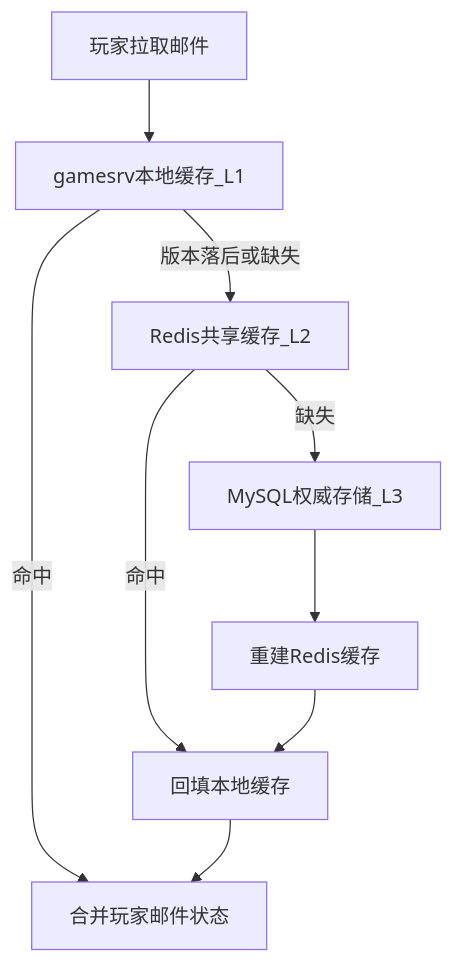
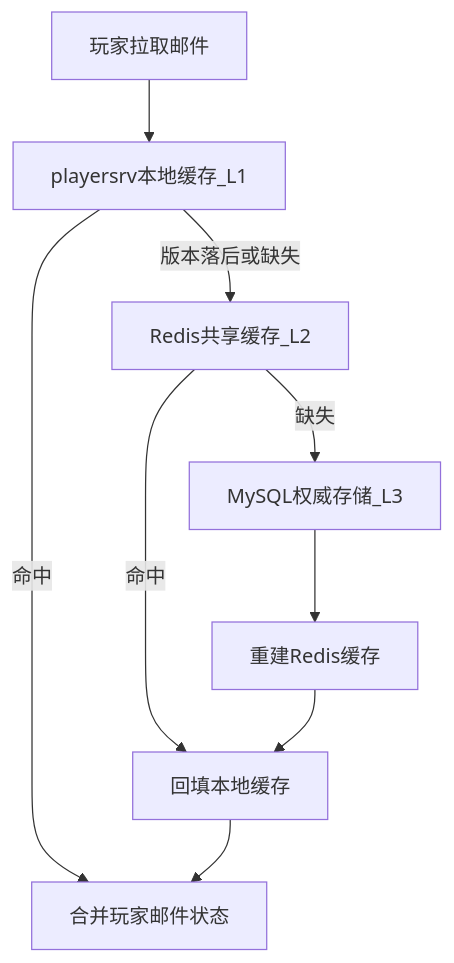
The third of 6 diagrams in docs/requirements-design.md (zhanglei19960726/globalmail), drawn with Mermaid before and after one commit. The commit also changed other lines of this file and 114 other files, not shown here.

````diff
--- a/docs/requirements-design.md
+++ b/docs/requirements-design.md
@@ -369,11 +369,11 @@
 ```mermaid
 flowchart TD
-    req[玩家拉取邮件] --> local[gamesrv本地缓存_L1]
+    req[玩家拉取邮件] --> local[playersrv本地缓存_L1]
     local -->|命中| merge[合并玩家邮件状态]
     local -->|版本落后或缺失| redis[Redis共享缓存_L2]
     redis -->|命中| fillLocal[回填本地缓存]
     redis -->|缺失| mysql[MySQL权威存储_L3]
     mysql --> rebuild[重建Redis缓存]
     rebuild --> fillLocal
     fillLocal --> merge
 ```
````
